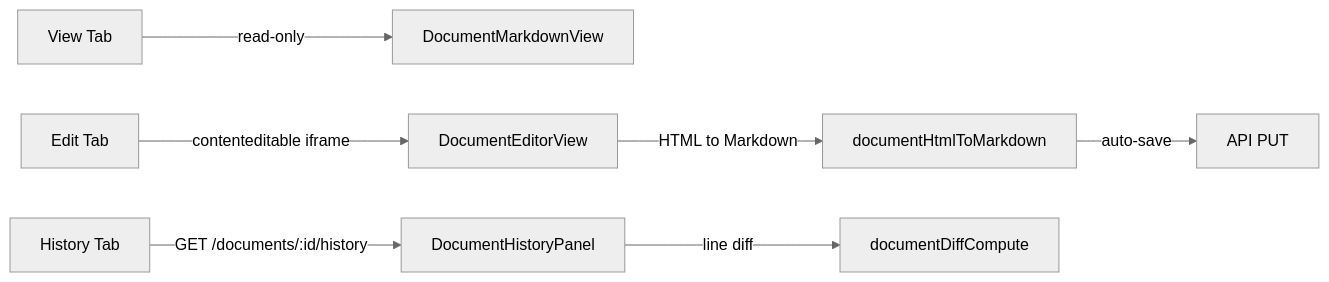
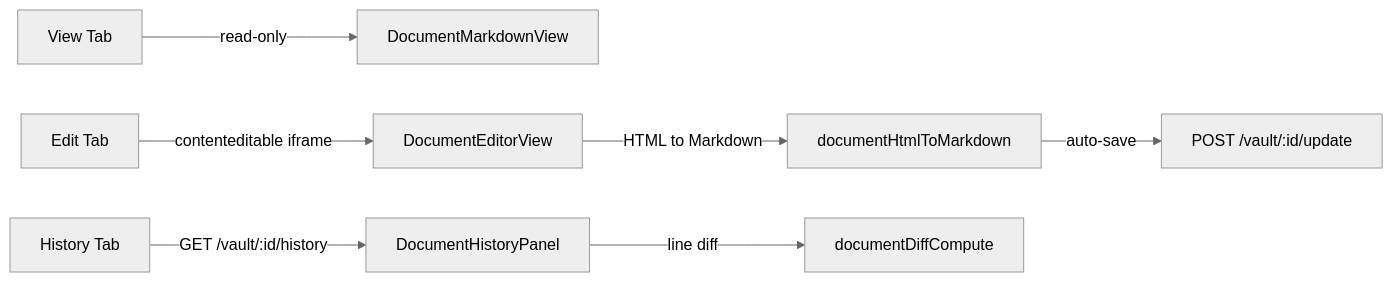
Before and after one commit to ex3ndr/daycare: the fourth of 4 diagrams in doc/documents.md, drawn with Mermaid (neutral theme). The commit also changed other lines of this file and 112 other files, not shown here.

Commit message:
refactor: rename documents surface to vault

````diff
--- a/doc/documents.md
+++ b/doc/documents.md
@@ -94,9 +95,9 @@
 ```mermaid
 flowchart LR
     A[View Tab] -->|read-only| B[DocumentMarkdownView]
     C[Edit Tab] -->|contenteditable iframe| D[DocumentEditorView]
     D -->|HTML to Markdown| E[documentHtmlToMarkdown]
-    E -->|auto-save| F[API PUT]
-    G[History Tab] -->|GET /documents/:id/history| H[DocumentHistoryPanel]
+    E -->|auto-save| F[POST /vault/:id/update]
+    G[History Tab] -->|GET /vault/:id/history| H[DocumentHistoryPanel]
     H -->|line diff| I[documentDiffCompute]
 ```
````
